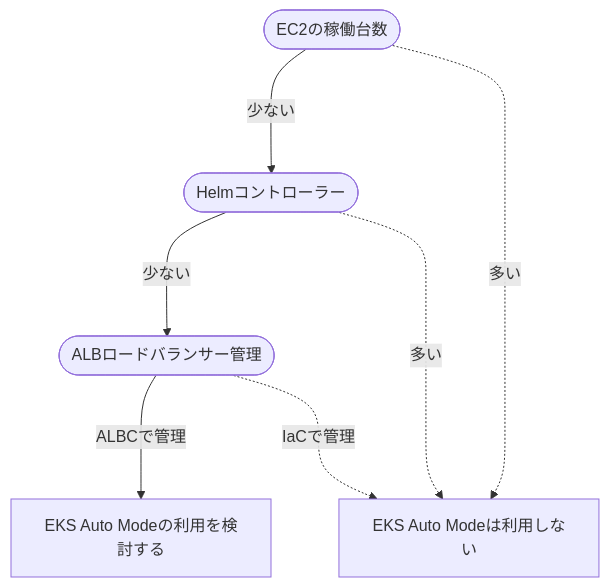
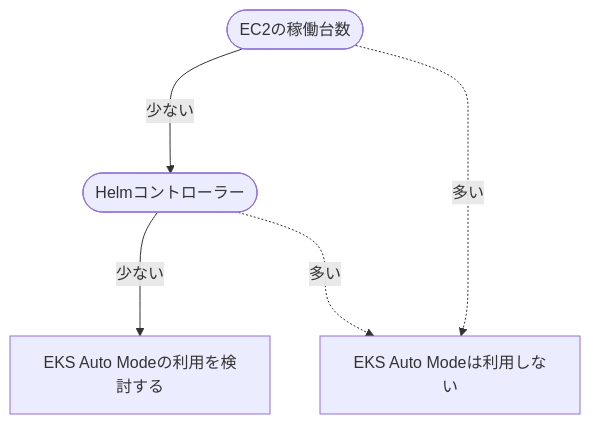
One commit to guitarrapc/blog changed the diagram in entries/guitarrapc-tech.hatenablog.com/entry/2025/03/09/235900.md. Above: the diagram before and after it, drawn with Mermaid. The commit also changed other lines of this file and 1 other file, not shown here.

````diff
--- a/entries/guitarrapc-tech.hatenablog.com/entry/2025/03/09/235900.md
+++ b/entries/guitarrapc-tech.hatenablog.com/entry/2025/03/09/235900.md
@@ -190,13 +190,11 @@
 ```mermaid
 graph TD
   a([EC2の稼働台数])
   b([Helmコントローラー])
-  c([ALBロードバランサー管理])
   A[EKS Auto Modeの利用を検討する]
   B[EKS Auto Modeは利用しない]
 
-  a --少ない---> b --少ない---> c --ALBCで管理---> A
+  a --少ない---> b --少ない---> A
   a -.多い..-> B
   b -.多い..-> B
-  c -.IaCで管理..-> B
 ```
````
